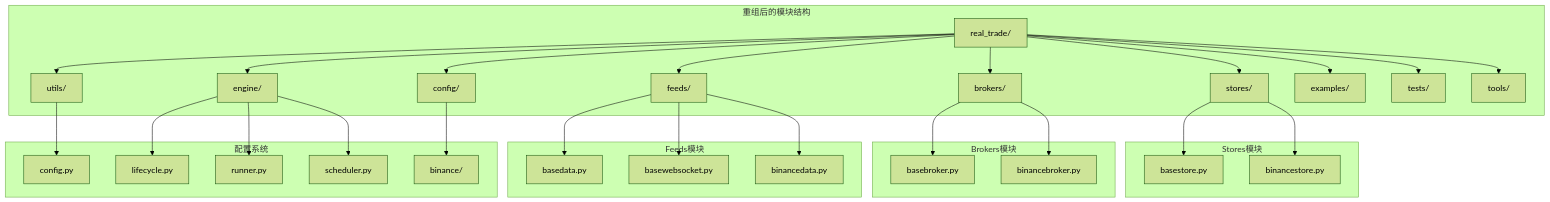
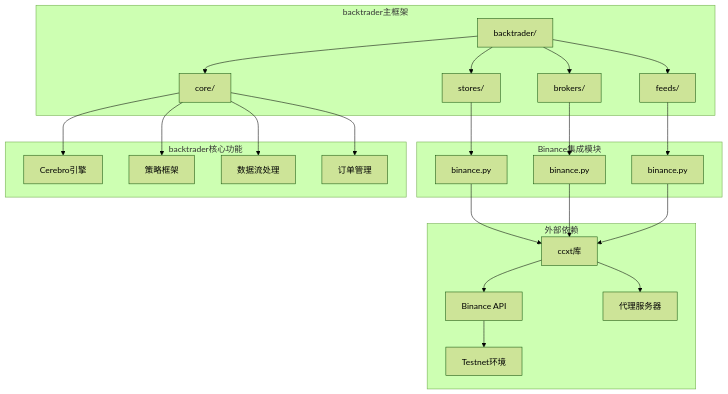
One commit to bench-prog/backtrader changed the first of 3 diagrams in .qoder/repowiki/zh/content/实盘交易模块/Binance交易所集成/Binance交易所集成.md. Above: the diagram before and after it, drawn with Mermaid (forest theme). The commit also changed other lines of this file and 23 other files, not shown here.

````diff
--- a/.qoder/repowiki/zh/content/实盘交易模块/Binance交易所集成/Binance交易所集成.md
+++ b/.qoder/repowiki/zh/content/实盘交易模块/Binance交易所集成/Binance交易所集成.md
@@ -57,34 +49,32 @@
 ```mermaid
 graph TB
-subgraph "重组后的模块结构"
-A[real_trade/] --> B[stores/]
+subgraph "backtrader主框架"
+A[backtrader/] --> B[stores/]
 A --> C[brokers/]
 A --> D[feeds/]
-A --> E[utils/]
-A --> F[engine/]
-A --> G[config/]
-A --> H[examples/]
-A --> I[tests/]
-A --> J[tools/]
+A --> E[core/]
 end
-subgraph "Stores模块"
-B --> B1[basestore.py]
-B --> B2[binancestore.py]
+subgraph "Binance集成模块"
+B --> B1[binance.py]
+C --> C1[binance.py]
+D --> D1[binance.py]
 end
-subgraph "Brokers模块"
-C --> C1[basebroker.py]
-C --> C2[binancebroker.py]
+subgraph "backtrader核心功能"
+E --> E1[Cerebro引擎]
+E --> E2[策略框架]
+E --> E3[数据流处理]
+E --> E4[订单管理]
 end
-subgraph "Feeds模块"
-D --> D1[basedata.py]
-D --> D2[basewebsocket.py]
-D --> D3[binancedata.py]
+subgraph "外部依赖"
+F[ccxt库]
+G[Binance API]
+H[Testnet环境]
+I[代理服务器]
 end
-subgraph "配置系统"
-E --> E1[config.py]
-F --> F1[lifecycle.py]
-F --> F2[runner.py]
-F --> F3[scheduler.py]
-G --> G1[binance/]
-end
+B1 --> F
+C1 --> F
+D1 --> F
+F --> G
+G --> H
+F --> I
 ```
````
